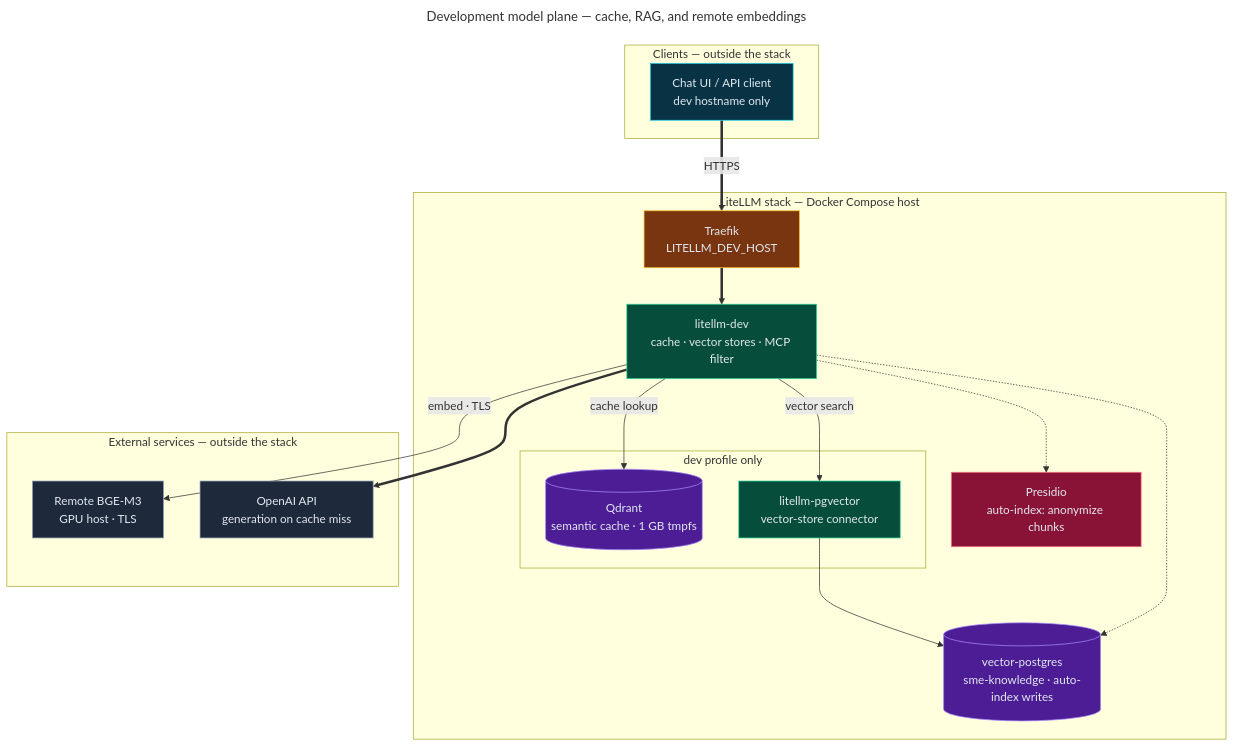
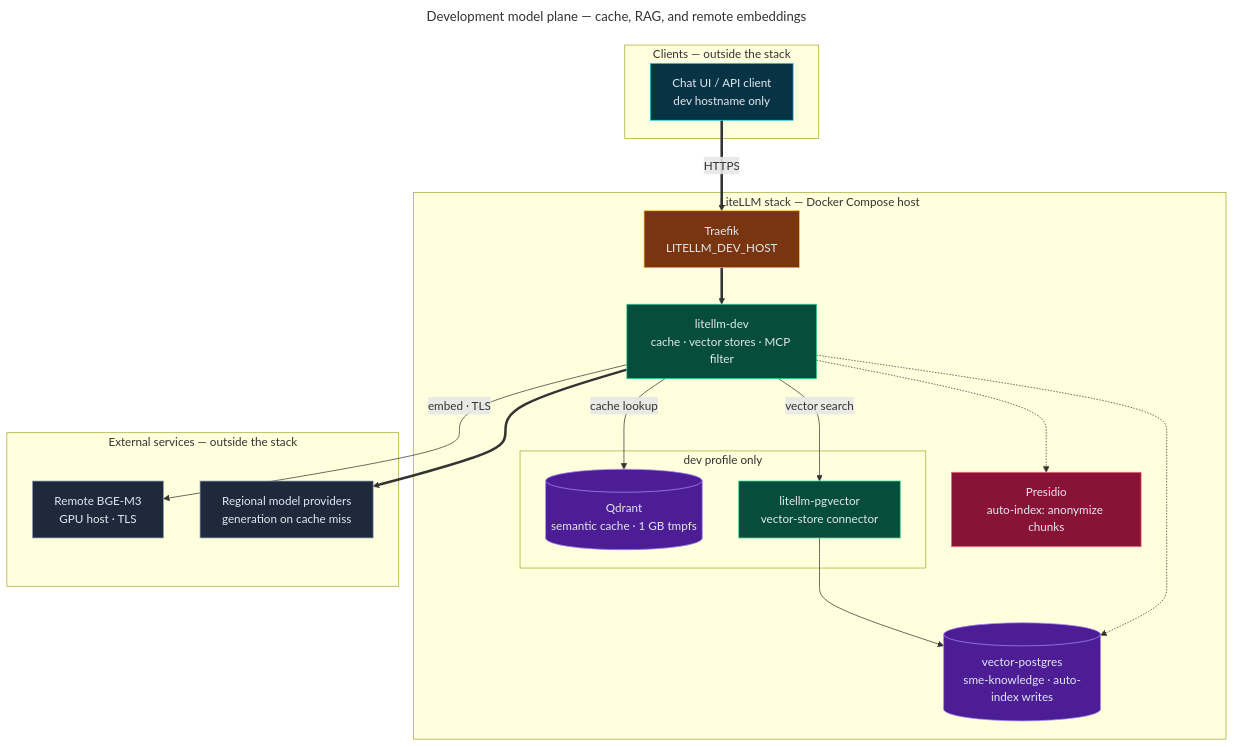
The diagram in diagrams/07-dev-model-plane.mmd (bella-1337/effective-spoon), drawn with Mermaid before and after one commit. The commit also changed 27 other files, not shown here.

```diff
--- a/diagrams/07-dev-model-plane.mmd
+++ b/diagrams/07-dev-model-plane.mmd
@@ -1,49 +1,49 @@
 ---
 title: Development model plane — cache, RAG, and remote embeddings
 ---
 flowchart TD
   %% Source for 07-dev-model-plane.html. Edit this file, then run ./scripts/render-diagrams.py.
   %% Directives: docs in diagrams/README.md (Updating diagrams).
   %% @mode architecture
   %% @subtitle Dev-only services that give LiteLLM a semantic cache and a pgvector knowledge store, with BGE-M3 embeddings from the remote GPU host
   %% @card cyan | Semantic cache | Opt-in per request with cache.use-cache | Hit when cosine similarity is at least 0.92, scoped per end user | Qdrant runs on tmpfs, so recreating it deletes every entry
   %% @card violet | Knowledge store | sme-knowledge lives in vector-postgres (1,024-dim HNSW) | Search goes through BerriAI's litellm-pgvector connector | Opt-in Xberg auto-indexing anonymizes chunks with Presidio first
   %% @card rose | Scope | Qdrant and the connector run only in the dev profile; only litellm-dev calls BGE-M3, over TLS | Production lists no vector store and no semantic cache | Promote capabilities through the dev-to-prod register
   %% @journey #22d3ee: CU TR LD QD
   %% @journey #a78bfa: LD CON VP
-  %% @journey #34d399: LD OAI
+  %% @journey #34d399: LD EUP
 
   subgraph CL["Clients — outside the stack"]
     CU["Chat UI / API client<br/>dev hostname only"]:::frontend
   end
   subgraph ST["LiteLLM stack — Docker Compose host"]
     TR["Traefik<br/>LITELLM_DEV_HOST"]:::cloud
     LD["litellm-dev<br/>cache · vector stores · MCP filter"]:::backend
     PR["Presidio<br/>auto-index: anonymize chunks"]:::security
     VP[("vector-postgres<br/>sme-knowledge · auto-index writes")]:::database
     subgraph DEV["dev profile only"]
       QD[("Qdrant<br/>semantic cache · 1 GB tmpfs")]:::database
       CON["litellm-pgvector<br/>vector-store connector"]:::backend
     end
   end
   subgraph EX["External services — outside the stack"]
     BGE["Remote BGE-M3<br/>GPU host · TLS"]:::external
-    OAI["OpenAI API<br/>generation on cache miss"]:::external
+    EUP["Regional model providers<br/>generation on cache miss"]:::external
   end
 
   CU ==>|"HTTPS"| TR
   TR ==> LD
   LD -->|"cache lookup"| QD
   LD -->|"embed · TLS"| BGE
   LD -->|"vector search"| CON
   CON --> VP
   LD -.-> PR
   LD -.-> VP
-  LD ==> OAI
+  LD ==> EUP
 
   classDef backend fill:#064e3b,stroke:#34d399,color:#e2e8f0
   classDef cloud fill:#78350f,stroke:#fbbf24,color:#e2e8f0
   classDef database fill:#4c1d95,stroke:#a78bfa,color:#e2e8f0
   classDef external fill:#1e293b,stroke:#94a3b8,color:#e2e8f0
   classDef frontend fill:#083344,stroke:#22d3ee,color:#e2e8f0
   classDef security fill:#881337,stroke:#fb7185,color:#e2e8f0
```
